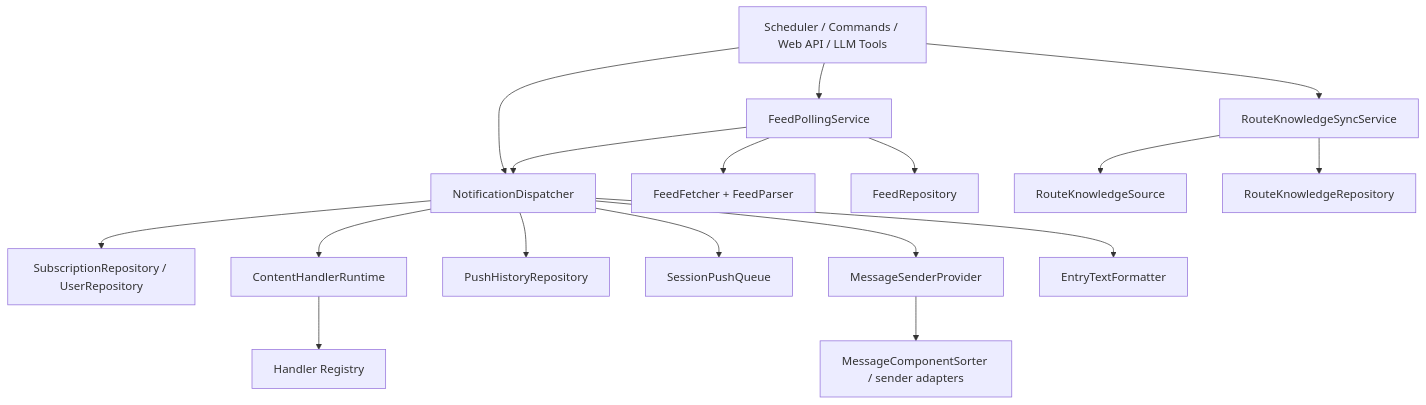
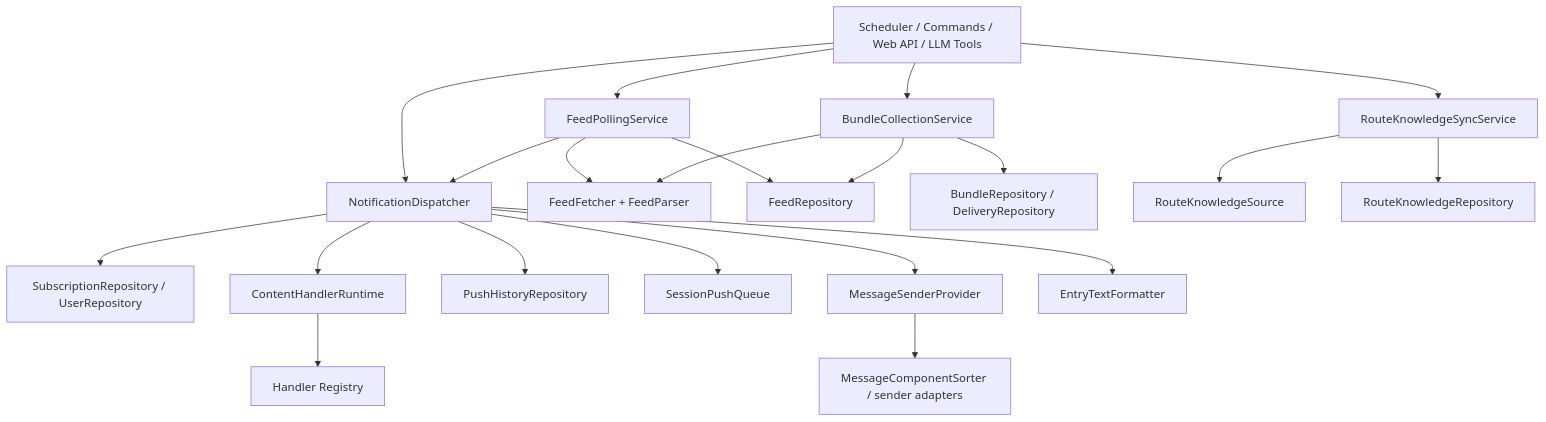
Before and after one commit to FlanChanXwO/astrbot_plugin_rsshub: the diagram in docs/project/architecture.md, drawn with Mermaid. The commit also changed other lines of this file and 16 other files, not shown here.

````diff
--- a/docs/project/architecture.md
+++ b/docs/project/architecture.md
@@ -150,23 +157,28 @@
 ```mermaid
 flowchart TD
   A["Scheduler / Commands / Web API / LLM Tools"] --> B["FeedPollingService"]
+  A --> BUNDLE["BundleCollectionService"]
   A --> C["NotificationDispatcher"]
   A --> D["RouteKnowledgeSyncService"]
 
   B --> E["FeedFetcher + FeedParser"]
   B --> F["FeedRepository"]
   B --> C
+
+  BUNDLE --> E
+  BUNDLE --> F
+  BUNDLE --> BDEL["BundleRepository / DeliveryRepository"]
 
   C --> G["SubscriptionRepository / UserRepository"]
   C --> H["ContentHandlerRuntime"]
   C --> I["PushHistoryRepository"]
   C --> J["SessionPushQueue"]
   C --> K["MessageSenderProvider"]
 
   H --> L["Handler Registry"]
   C --> M["EntryTextFormatter"]
   K --> N["MessageComponentSorter / sender adapters"]
 
   D --> O["RouteKnowledgeSource"]
   D --> P["RouteKnowledgeRepository"]
 ```
````
